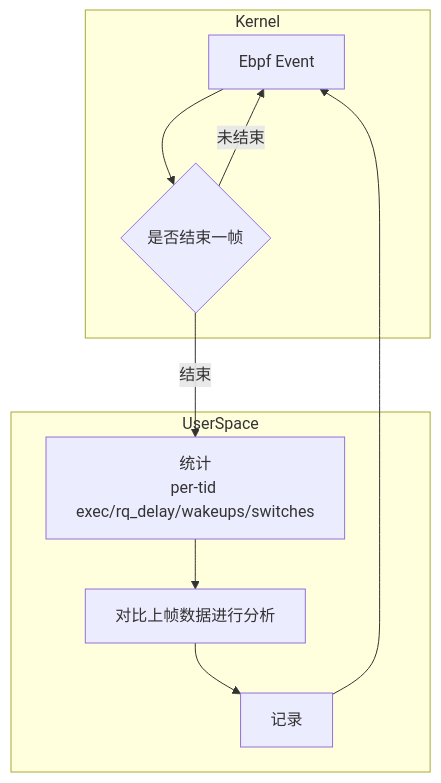
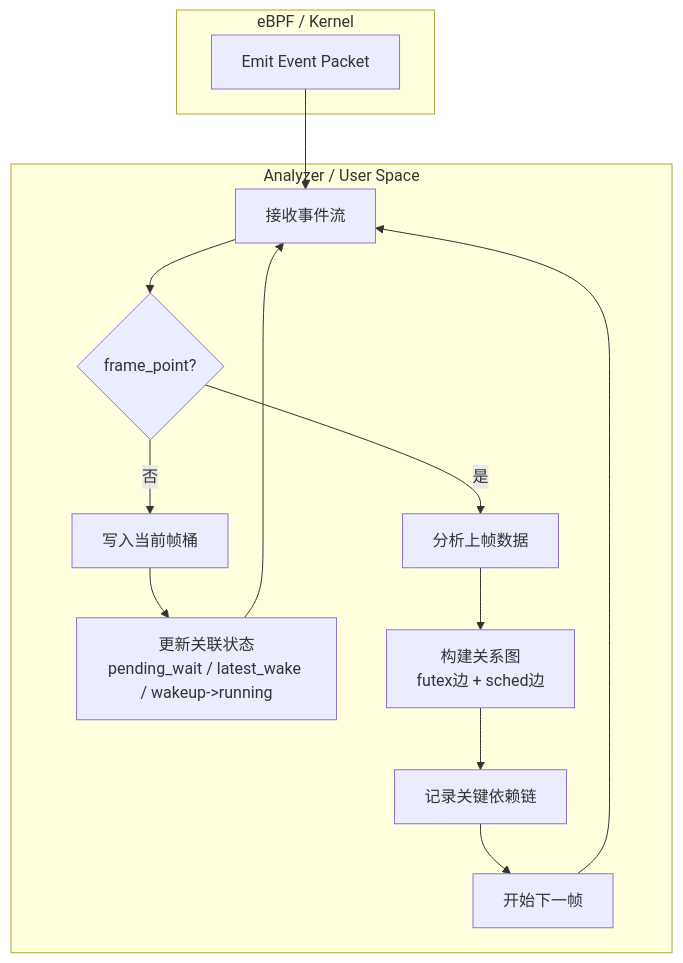
One commit to shadow3aaa/shadow3aaa.github.io changed the diagram in content/blog/critical-path-control-system/index.md. Above: the diagram before and after it, drawn with Mermaid. The commit also changed other lines of this file and 1 other file, not shown here.

Commit message:
Update Post “critical-path-control-system”

````diff
--- a/content/blog/critical-path-control-system/index.md
+++ b/content/blog/critical-path-control-system/index.md
@@ -26,14 +26,21 @@
 ```mermaid
 flowchart TD
-    subgraph Kernel
-        A[Ebpf Event] --> B{是否结束一帧}
-        B -- 未结束 --> A
-    end
+      subgraph Kernel[eBPF / Kernel]
+          K1[Emit Event Packet]
+      end
 
-    subgraph UserSpace
-        B -- 结束 --> D[统计<br/>per-tid exec/rq_delay/wakeups/switches]
-        D --> E[对比上帧数据进行分析]
-        E --> F[记录]
-        F --> A
-    end
+      subgraph UserSpace[Analyzer / User Space]
+          K1 --> U1[接收事件流]
+          U1 --> U2{frame_point?}
+
+          U2 -- 否 --> U3[写入当前帧桶]
+          U3 --> U4[更新关联状态<br/>pending_wait / latest_wake / wakeup->running]
+          U4 --> U1
+
+          U2 -- 是 --> U5[分析上帧数据]
+          U5 --> U6[构建关系图<br/>futex边 + sched边]
+          U6 --> U7[记录关键依赖链]
+          U7 --> U8[开始下一帧]
+          U8 --> U1
+      end
 ```
````
